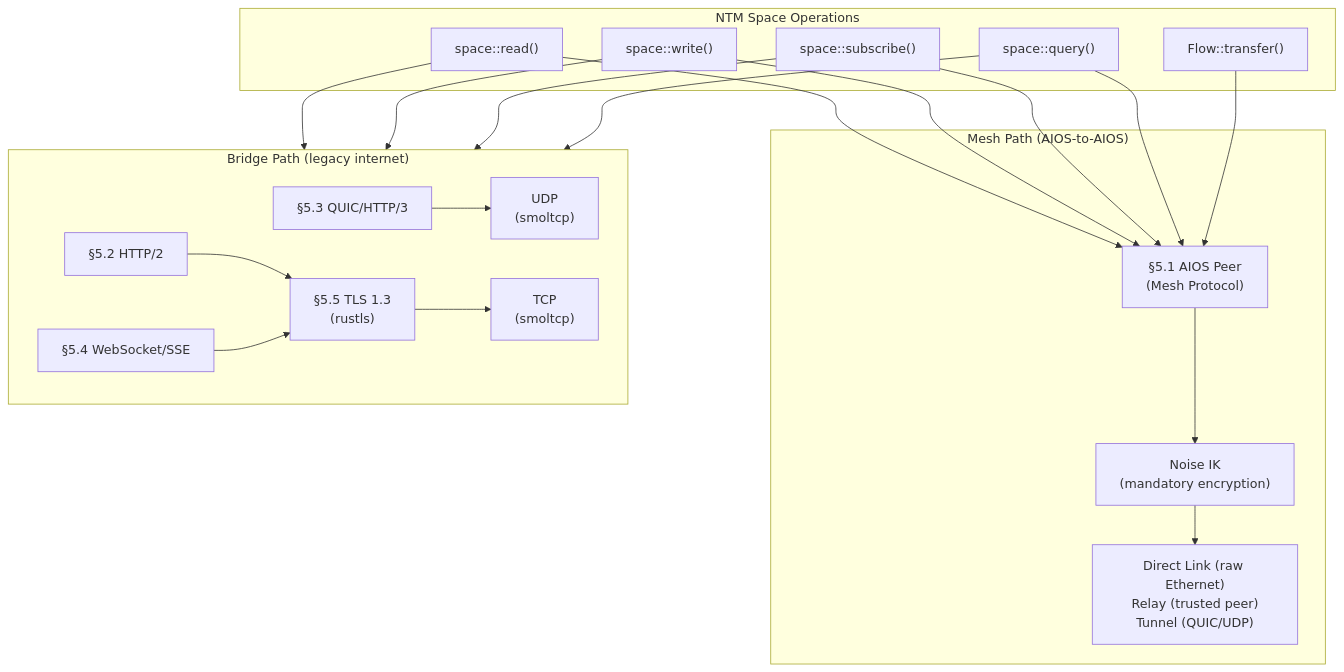
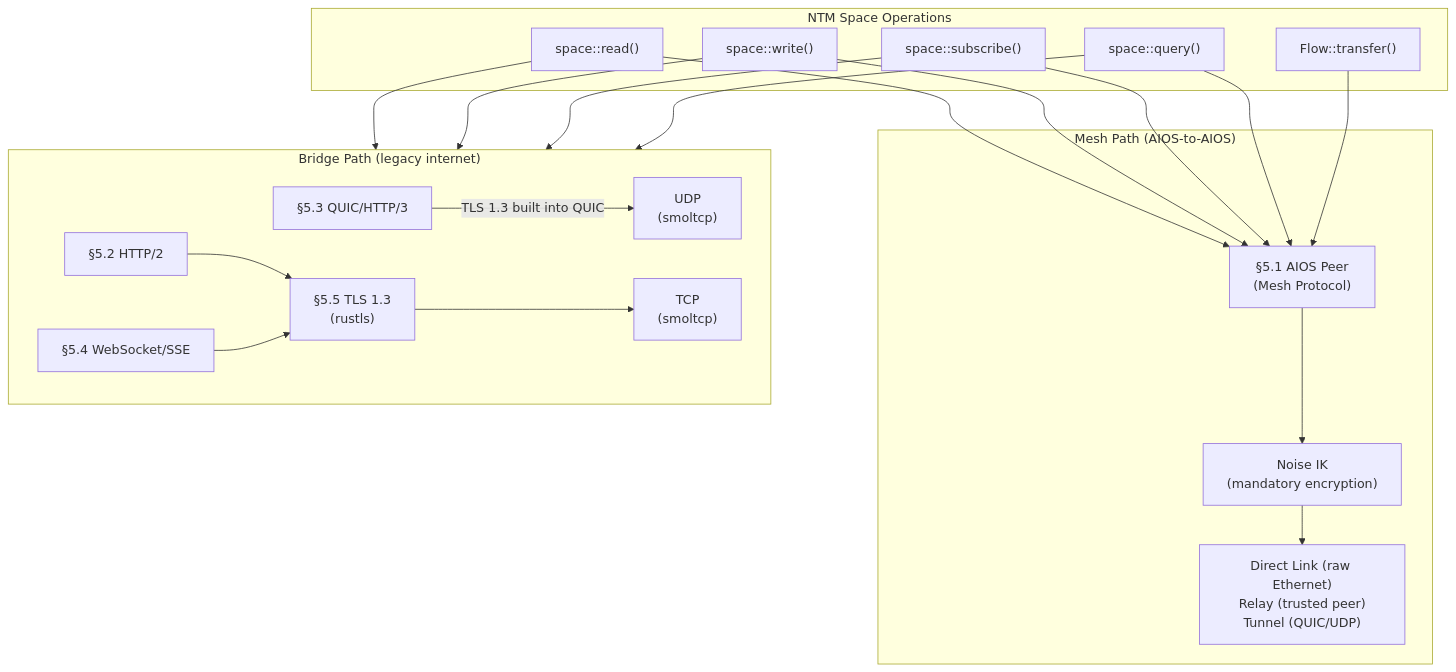
Before and after one commit to juslee/aios: the first of 2 diagrams in docs/platform/networking/protocols.md, drawn with Mermaid. The commit also changed 5 other files, not shown here.

````diff
--- a/docs/platform/networking/protocols.md
+++ b/docs/platform/networking/protocols.md
@@ -12,45 +12,45 @@
 ```mermaid
 flowchart TD
     subgraph NTM["NTM Space Operations"]
         Read["space::read()"]
         Write["space::write()"]
         Sub["space::subscribe()"]
         Query["space::query()"]
         Transfer["Flow::transfer()"]
     end
 
     subgraph MeshPath["Mesh Path (AIOS-to-AIOS)"]
         MP["§5.1 AIOS Peer\n(Mesh Protocol)"]
         Noise["Noise IK\n(mandatory encryption)"]
         MeshTransport["Direct Link (raw Ethernet)\nRelay (trusted peer)\nTunnel (QUIC/UDP)"]
     end
 
     subgraph BridgePath["Bridge Path (legacy internet)"]
         direction LR
         H2["§5.2 HTTP/2"]
         Q["§5.3 QUIC/HTTP/3"]
         WS["§5.4 WebSocket/SSE"]
         TLSLayer["§5.5 TLS 1.3\n(rustls)"]
         TCP["TCP\n(smoltcp)"]
         UDP["UDP\n(smoltcp)"]
     end
 
     Read --> MP
     Write --> MP
     Sub --> MP
     Read --> H2
     Write --> H2
     Sub --> WS
     Query --> MP
     Query --> H2
     Transfer --> MP
 
     MP --> Noise
     Noise --> MeshTransport
 
     H2 --> TLSLayer
-    Q --> UDP
+    Q -->|"TLS 1.3 built into QUIC"| UDP
     WS --> TLSLayer
 
     TLSLayer --> TCP
 ```
````
